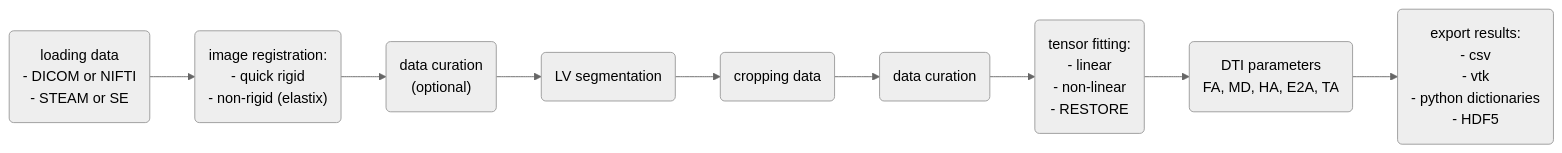
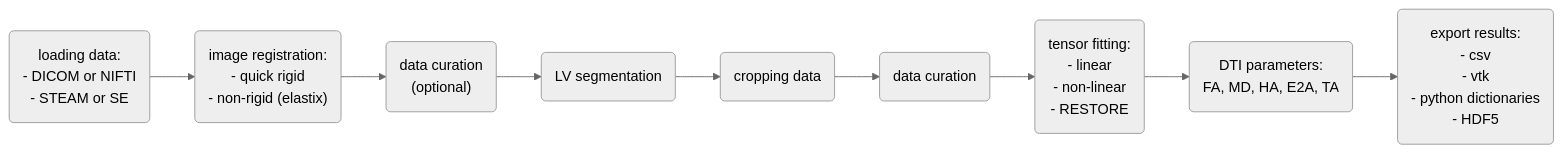
One commit to ImperialCollegeLondon/INDI changed the diagram in docs/documentation.md. Above: the diagram before and after it, drawn with Mermaid (neutral theme).

````diff
--- a/docs/documentation.md
+++ b/docs/documentation.md
@@ -3,34 +3,34 @@
 ```mermaid
 flowchart LR
-    A("`loading data
+    A("`loading data:
     - DICOM or NIFTI
     - STEAM or SE`")
     B("`image registration:
     - quick rigid
     - non-rigid (elastix)`")
     C("`data curation
     (optional)`")
     D(LV segmentation)
     E(cropping data)
     F(data curation)
     G("`tensor fitting:
     - linear
     - non-linear
     - RESTORE`")
-    H("`DTI parameters
+    H("`DTI parameters:
     FA, MD, HA, E2A, TA`")
     I("`export results:
     - csv
     - vtk
     - python dictionaries
     - HDF5`")
 
     A --> B
     B --> C
     C --> D
     D --> E
     E --> F
     F --> G
     G --> H
     H --> I
 ```
````
